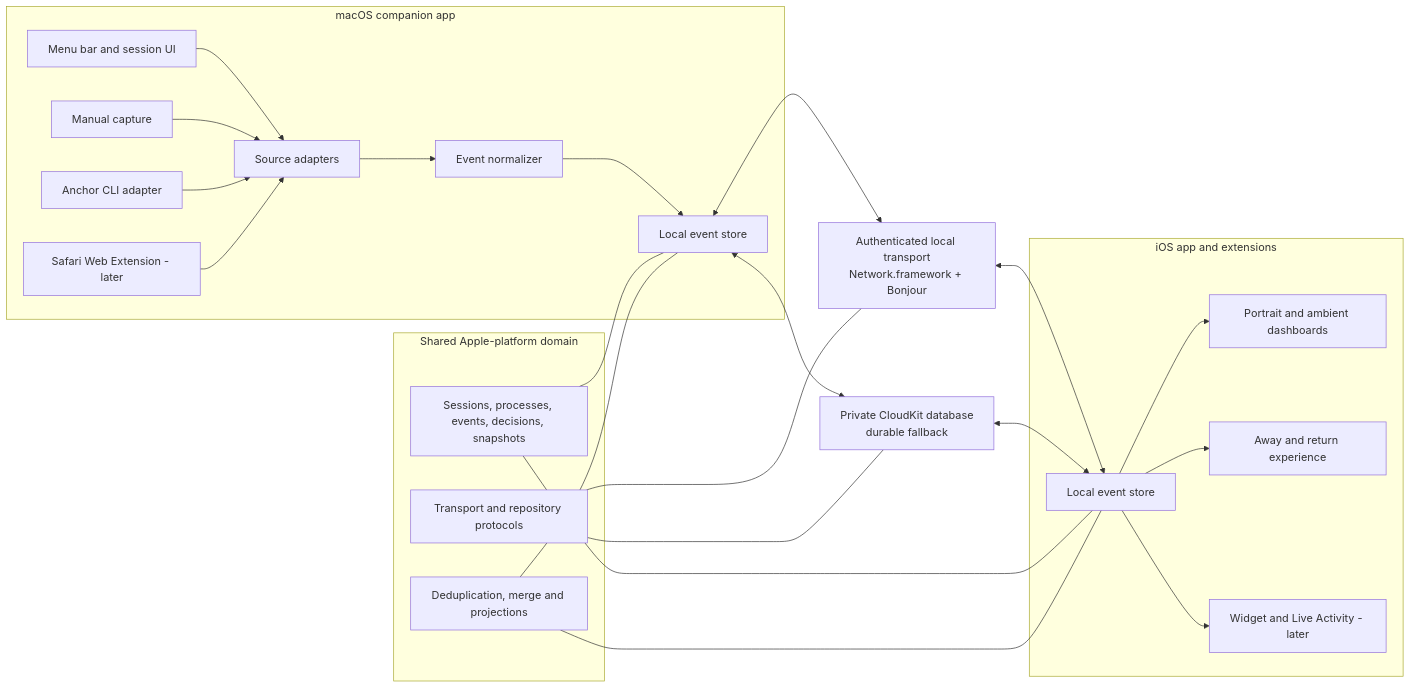
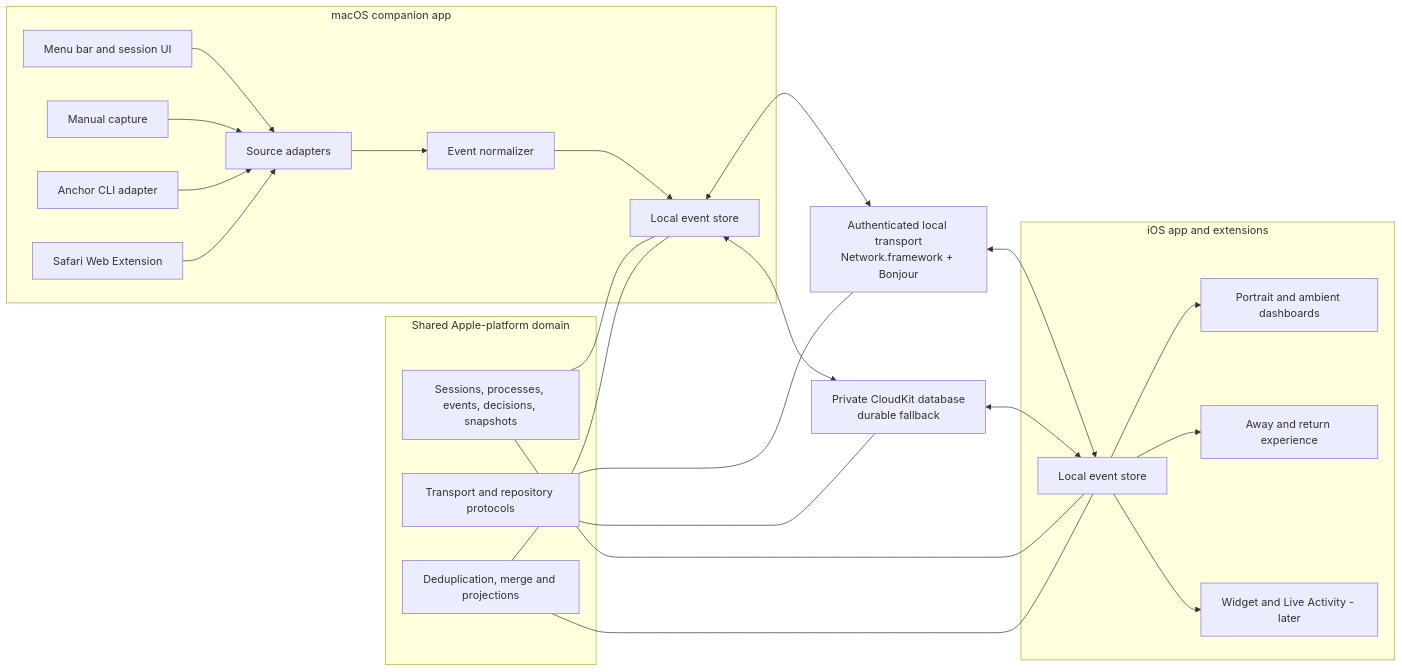
One commit to asdfghklddd/Anchor changed the diagram in Documentation/DEVELOPMENT_BLUEPRINT.md. Above: the diagram before and after it, drawn with Mermaid. The commit also changed other lines of this file and 36 other files, not shown here.

Commit message:
feat(mac): replace Chromium bridge with Safari extension

````diff
--- a/Documentation/DEVELOPMENT_BLUEPRINT.md
+++ b/Documentation/DEVELOPMENT_BLUEPRINT.md
@@ -31,44 +31,44 @@
 ```mermaid
 flowchart LR
     subgraph Mac["macOS companion app"]
         UI["Menu bar and session UI"]
         Manual["Manual capture"]
         CLI["Anchor CLI adapter"]
-        Safari["Safari Web Extension - later"]
+        Safari["Safari Web Extension"]
         Adapters["Source adapters"]
         Normalizer["Event normalizer"]
         MacStore["Local event store"]
         UI --> Adapters
         Manual --> Adapters
         CLI --> Adapters
         Safari --> Adapters
         Adapters --> Normalizer --> MacStore
     end
 
     subgraph Shared["Shared Apple-platform domain"]
         Domain["Sessions, processes, events, decisions, snapshots"]
         Merge["Deduplication, merge and projections"]
         Contracts["Transport and repository protocols"]
     end
 
     subgraph Phone["iOS app and extensions"]
         PhoneStore["Local event store"]
         Dashboard["Portrait and ambient dashboards"]
         Return["Away and return experience"]
         Widget["Widget and Live Activity - later"]
         PhoneStore --> Dashboard
         PhoneStore --> Return
         PhoneStore --> Widget
     end
 
     MacStore <--> Local["Authenticated local transport\nNetwork.framework + Bonjour"]
     Local <--> PhoneStore
     MacStore <--> Cloud["Private CloudKit database\ndurable fallback"]
     Cloud <--> PhoneStore
     Domain --- MacStore
     Domain --- PhoneStore
     Merge --- MacStore
     Merge --- PhoneStore
     Contracts --- Local
     Contracts --- Cloud
 ```
````
